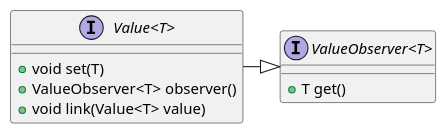
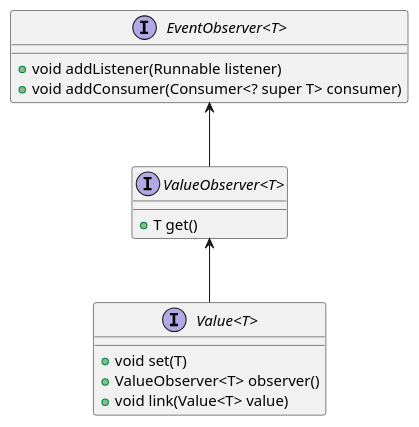
One commit to codion-is/codion changed the second of 3 diagrams in documentation/src/docs/asciidoc/manual/common-core.adoc. Above: the diagram before and after it, drawn with PlantUML. The commit also changed other lines of this file and 1 other file, not shown here.

```diff
--- a/documentation/src/docs/asciidoc/manual/common-core.adoc
+++ b/documentation/src/docs/asciidoc/manual/common-core.adoc
@@ -55,16 +55,22 @@
 [plantuml, value-diagram, svg, align=center]
 -------------------------------------------
 skinparam genericDisplay old
 
 interface Value<T> {
     +void set(T)
     +ValueObserver<T> observer()
     +void link(Value<T> value)
 }
 
 interface ValueObserver<T> {
     +T get()
 }
 
-Value -|> ValueObserver
+interface EventObserver<T> {
+    +void addListener(Runnable listener)
+    +void addConsumer(Consumer<? super T> consumer)
+}
+
+ValueObserver <-- Value
+EventObserver <-- ValueObserver
 -------------------------------------------
```
